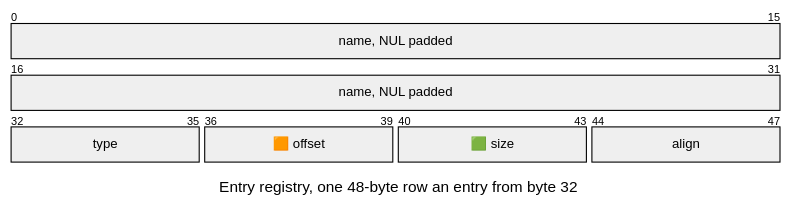
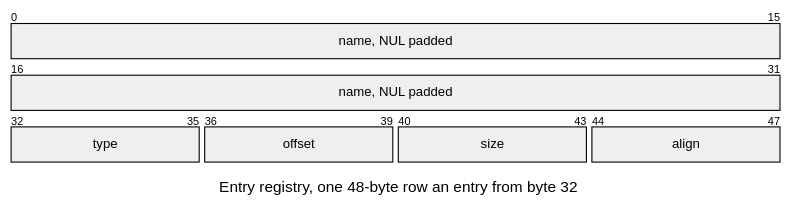
One commit to jose-villegas/autana changed the second of 2 diagrams in docs/assets/formats/APAK.md. Above: the diagram before and after it, drawn with Mermaid. The commit also changed other lines of this file and 13 other files, not shown here.

Commit message:
formats: fill each packet box by its field's role through themeCSS the role gate writes, replacing the label squares (autana-edcif)

````diff
--- a/docs/assets/formats/APAK.md
+++ b/docs/assets/formats/APAK.md
@@ -22,15 +23,16 @@
 ```mermaid
 ---
 config:
+  themeCSS: "g:nth-of-type(2) rect:nth-of-type(1) { fill: #e3e3e3 !important; } g:nth-of-type(3) rect:nth-of-type(1) { fill: #e3e3e3 !important; } g:nth-of-type(4) rect:nth-of-type(1) { fill: #e3e3e3 !important; } g:nth-of-type(4) rect:nth-of-type(2) { fill: #f4a885 !important; } g:nth-of-type(4) rect:nth-of-type(3) { fill: #93d6b0 !important; } g:nth-of-type(4) rect:nth-of-type(4) { fill: #e3e3e3 !important; } .packetLabel { fill: #1b1b1b !important; }"
   packet:
     bitsPerRow: 16
     bitWidth: 44
 ---
 packet-beta
 title Entry registry, one 48-byte row an entry from byte 32
 0-31: "name, NUL padded"
 32-35: "type"
-36-39: "🟧 offset"
-40-43: "🟩 size"
+36-39: "offset"
+40-43: "size"
 44-47: "align"
 ```
````
